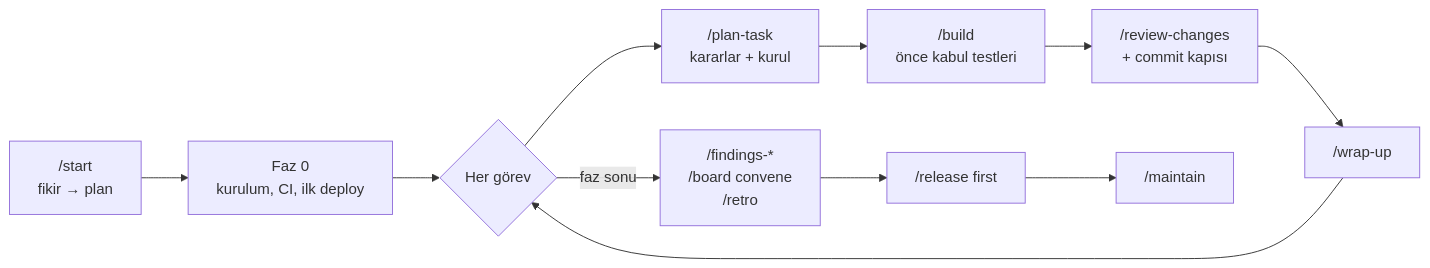
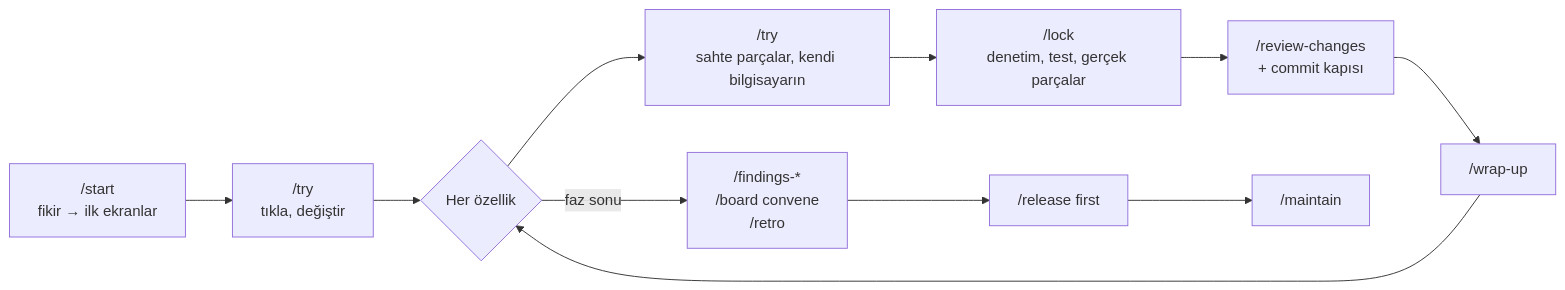
One commit to burakdogrul/TillerHand changed the diagram in README.tr.md. Above: the diagram before and after it, drawn with Mermaid. The commit also changed other lines of this file and 30 other files, not shown here.

Commit message:
feat: try a clickable slice in the first session, lock hardens it into main, /start in two passes, deploy moves to launch (3.66.0)

````diff
--- a/README.tr.md
+++ b/README.tr.md
@@ -147,13 +149,13 @@
 ```mermaid
 flowchart LR
-    A["/start<br/>fikir → plan"] --> B["Faz 0<br/>kurulum, CI, ilk deploy"]
-    B --> C{"Her görev"}
-    C --> D["/plan-task<br/>kararlar + kurul"]
-    D --> E["/build<br/>önce kabul testleri"]
+    A["/start<br/>fikir → ilk ekranlar"] --> B["/try<br/>tıkla, değiştir"]
+    B --> C{"Her özellik"}
+    C --> D["/try<br/>sahte parçalar, kendi bilgisayarın"]
+    D --> E["/lock<br/>denetim, test, gerçek parçalar"]
     E --> F["/review-changes<br/>+ commit kapısı"]
     F --> G["/wrap-up"]
     G --> C
     C -->|"faz sonu"| H["/findings-*<br/>/board convene<br/>/retro"]
     H --> I["/release first"]
     I --> J["/maintain"]
 ```
````
